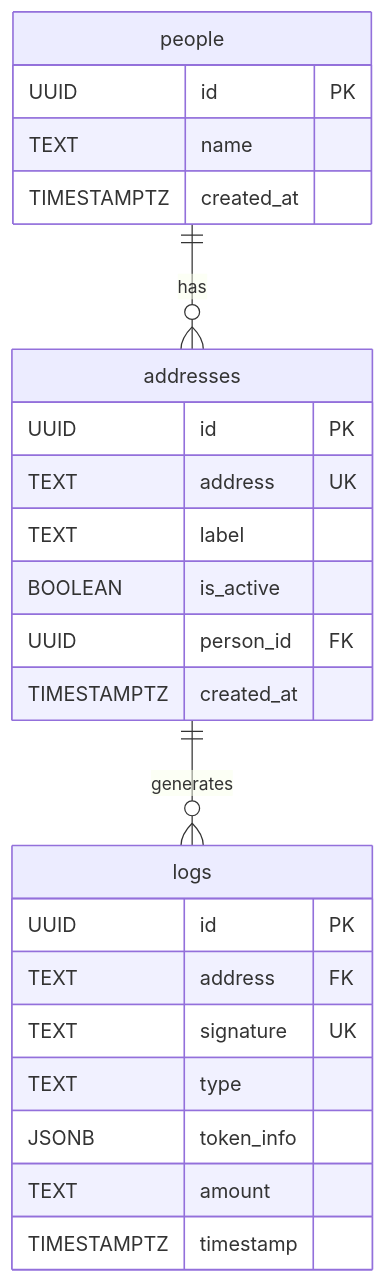
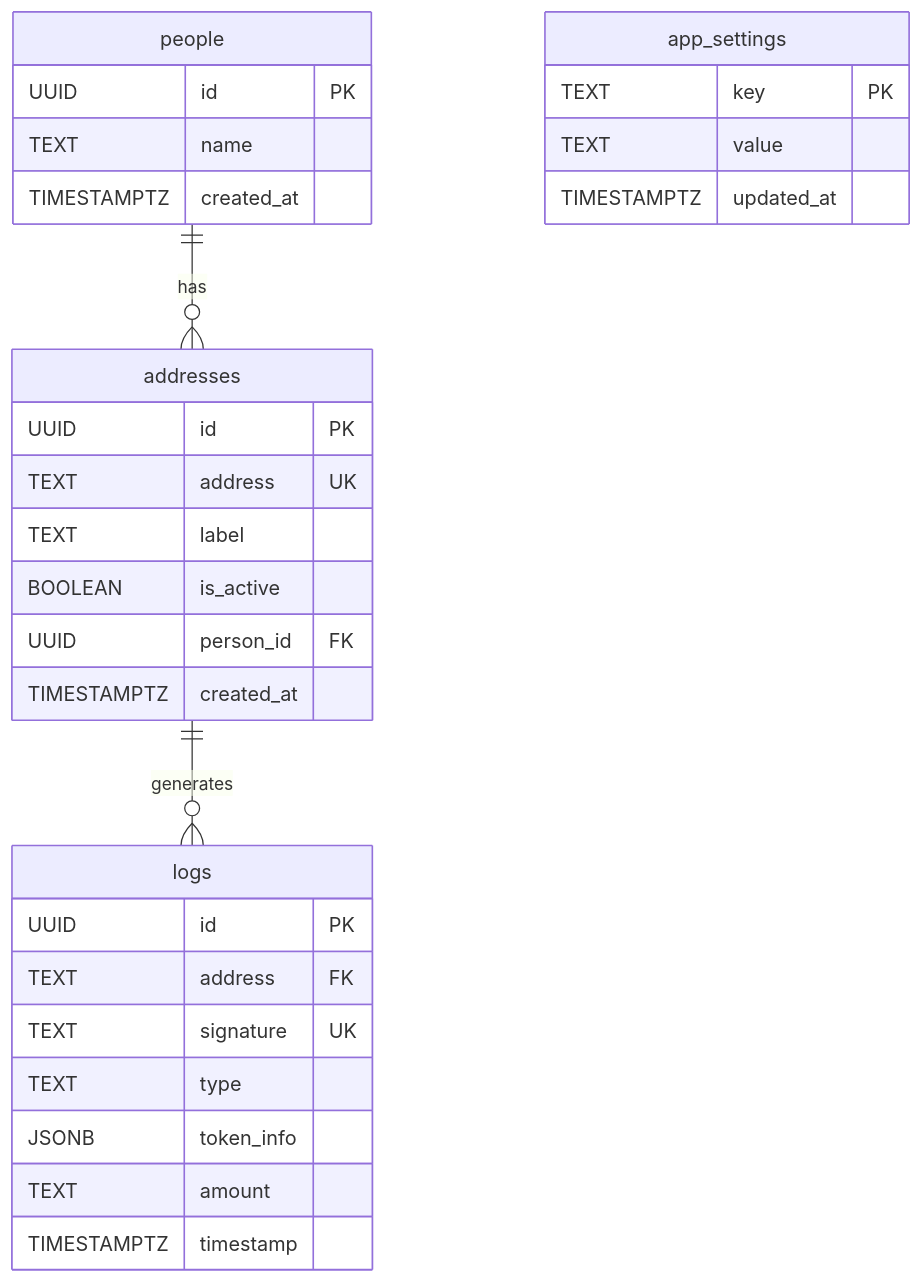
Before and after one commit to quant67/sol-tracker: the third of 3 diagrams in docs/technical_doc.md, drawn with Mermaid. The commit also changed other lines of this file and 1 other file, not shown here.

````diff
--- a/docs/technical_doc.md
+++ b/docs/technical_doc.md
@@ -182,30 +197,36 @@
 ```mermaid
 erDiagram
     people ||--o{ addresses : "has"
     addresses ||--o{ logs : "generates"
+
+    app_settings {
+        TEXT key PK
+        TEXT value
+        TIMESTAMPTZ updated_at
+    }
 
     people {
         UUID id PK
         TEXT name
         TIMESTAMPTZ created_at
     }
 
     addresses {
         UUID id PK
         TEXT address UK
         TEXT label
         BOOLEAN is_active
         UUID person_id FK
         TIMESTAMPTZ created_at
     }
 
     logs {
         UUID id PK
         TEXT address FK
         TEXT signature UK
         TEXT type
         JSONB token_info
         TEXT amount
         TIMESTAMPTZ timestamp
     }
 ```
````
